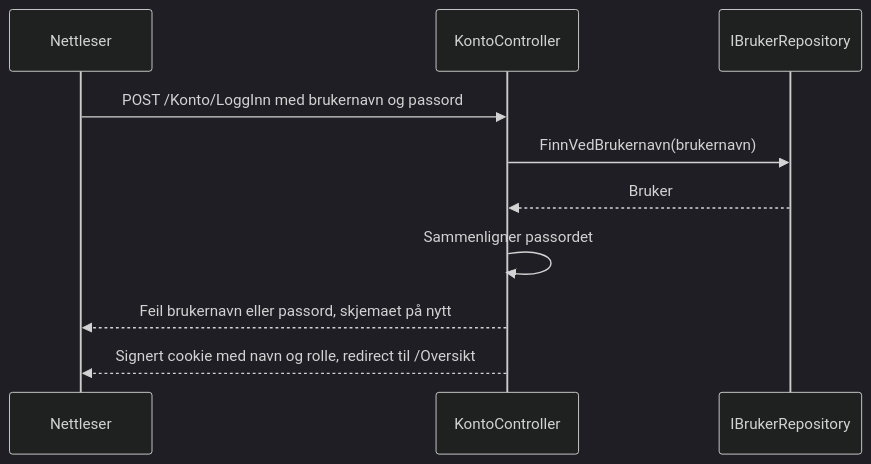
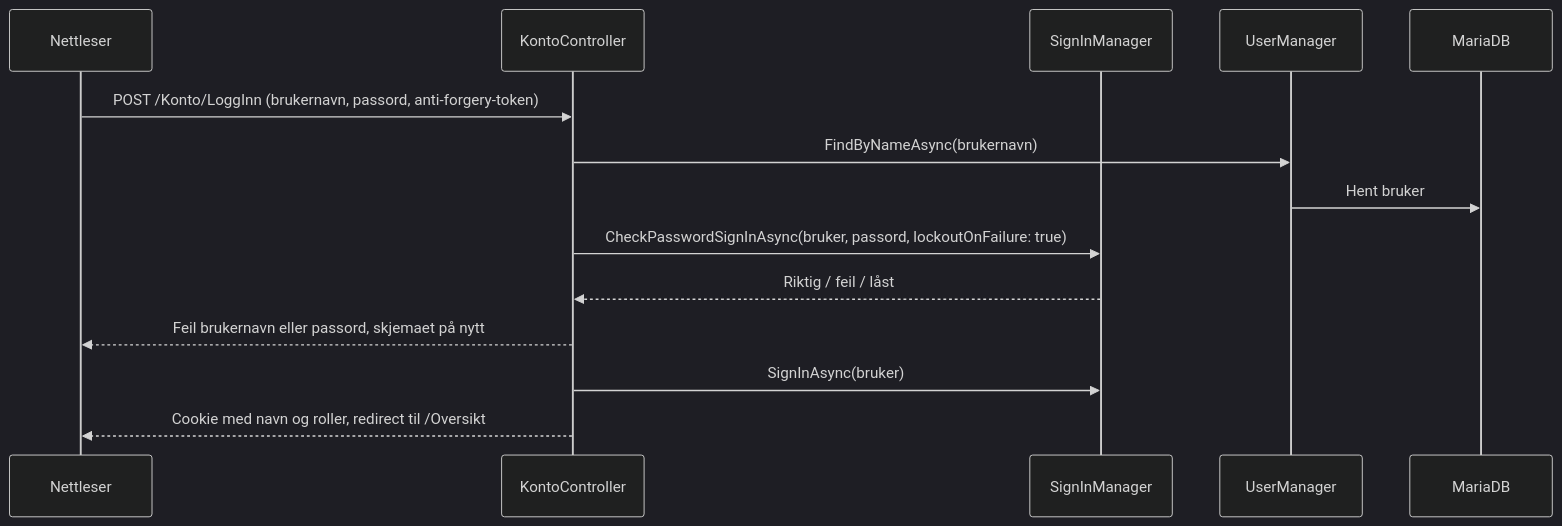
The third of 6 diagrams in docs/arkitektur.md (thilomoi05/Prosjekt_host_1), drawn with Mermaid (dark theme) before and after one commit. The commit also changed other lines of this file and 50 other files, not shown here.

````diff
--- a/docs/arkitektur.md
+++ b/docs/arkitektur.md
@@ -184,13 +197,17 @@
 ```mermaid
 sequenceDiagram
     participant N as Nettleser
     participant K as KontoController
-    participant R as IBrukerRepository
+    participant S as SignInManager
+    participant U as UserManager
+    participant D as MariaDB
 
-    N->>K: POST /Konto/LoggInn med brukernavn og passord
-    K->>R: FinnVedBrukernavn(brukernavn)
-    R-->>K: Bruker
-    K->>K: Sammenligner passordet
+    N->>K: POST /Konto/LoggInn (brukernavn, passord, anti-forgery-token)
+    K->>U: FindByNameAsync(brukernavn)
+    U->>D: Hent bruker
+    K->>S: CheckPasswordSignInAsync(bruker, passord, lockoutOnFailure: true)
+    S-->>K: Riktig / feil / låst
     K-->>N: Feil brukernavn eller passord, skjemaet på nytt
-    K-->>N: Signert cookie med navn og rolle, redirect til /Oversikt
+    K->>S: SignInAsync(bruker)
+    K-->>N: Cookie med navn og roller, redirect til /Oversikt
 ```
````
